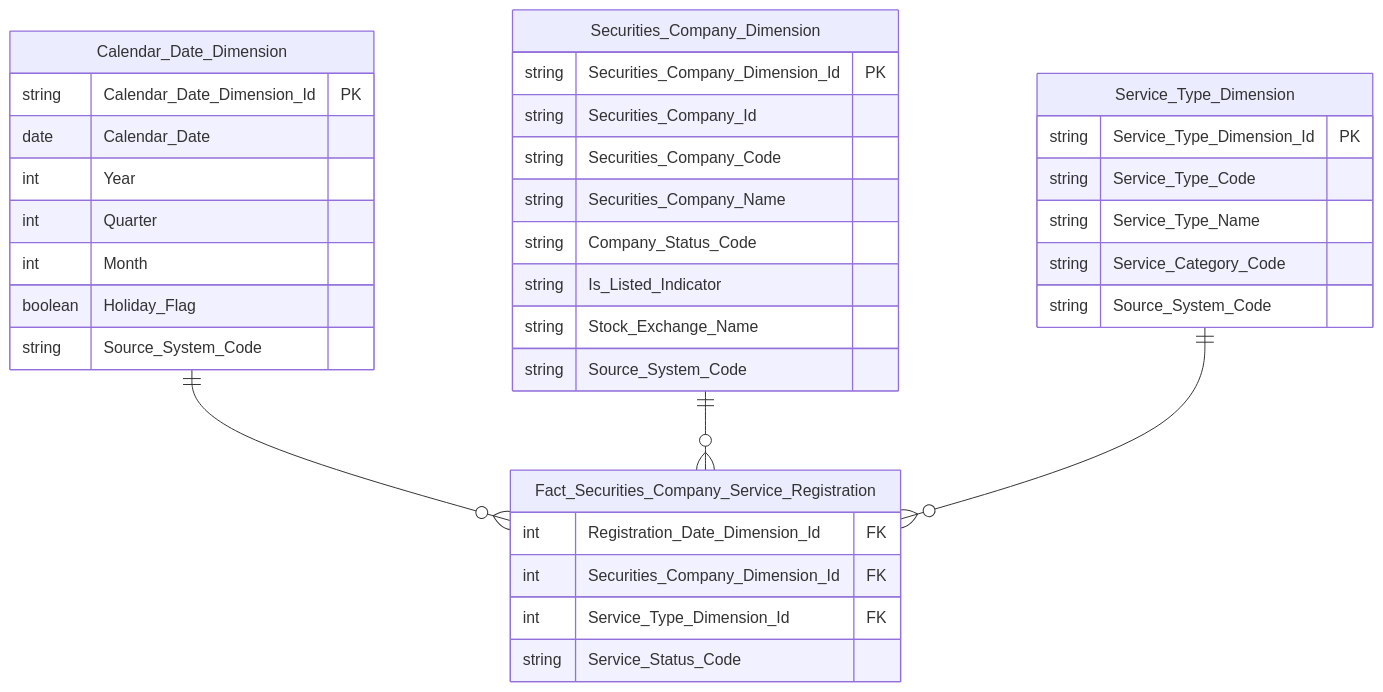
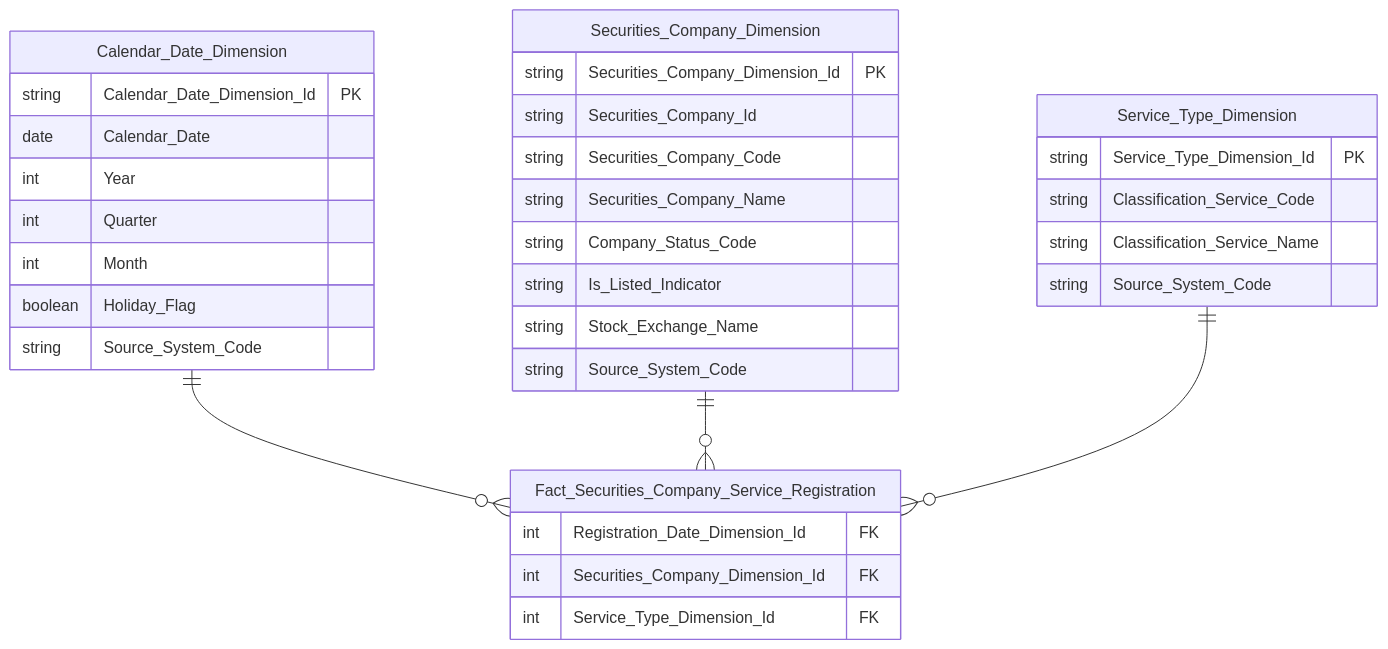
Before and after one commit to linhlvit/ubck_atomic_design: diagram 21 of 30 in Datamart/hld/DTM_QLKD_HLD.md, drawn with Mermaid. The commit also changed other lines of this file and 35 other files, not shown here.

````diff
--- a/Datamart/hld/DTM_QLKD_HLD.md
+++ b/Datamart/hld/DTM_QLKD_HLD.md
@@ -830,42 +916,40 @@
 ```mermaid
 erDiagram
     Fact_Securities_Company_Service_Registration {
         int Registration_Date_Dimension_Id FK
         int Securities_Company_Dimension_Id FK
         int Service_Type_Dimension_Id FK
-        string Service_Status_Code
     }
 
     Securities_Company_Dimension {
         string Securities_Company_Dimension_Id PK
         string Securities_Company_Id
         string Securities_Company_Code
         string Securities_Company_Name
         string Company_Status_Code
         string Is_Listed_Indicator
         string Stock_Exchange_Name
         string Source_System_Code
     }
 
     Service_Type_Dimension {
         string Service_Type_Dimension_Id PK
-        string Service_Type_Code
-        string Service_Type_Name
-        string Service_Category_Code
+        string Classification_Service_Code
+        string Classification_Service_Name
         string Source_System_Code
     }
 
     Calendar_Date_Dimension {
         string Calendar_Date_Dimension_Id PK
         date Calendar_Date
         int Year
         int Quarter
         int Month
         boolean Holiday_Flag
         string Source_System_Code
     }
 
     Calendar_Date_Dimension ||--o{ Fact_Securities_Company_Service_Registration : " "
     Securities_Company_Dimension ||--o{ Fact_Securities_Company_Service_Registration : " "
     Service_Type_Dimension ||--o{ Fact_Securities_Company_Service_Registration : " "
 ```
````
